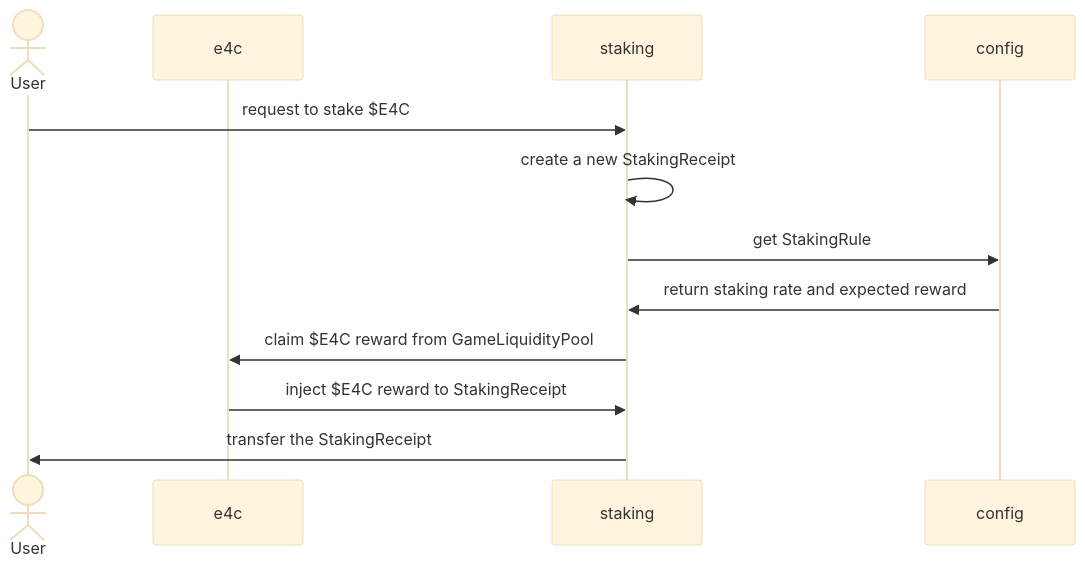
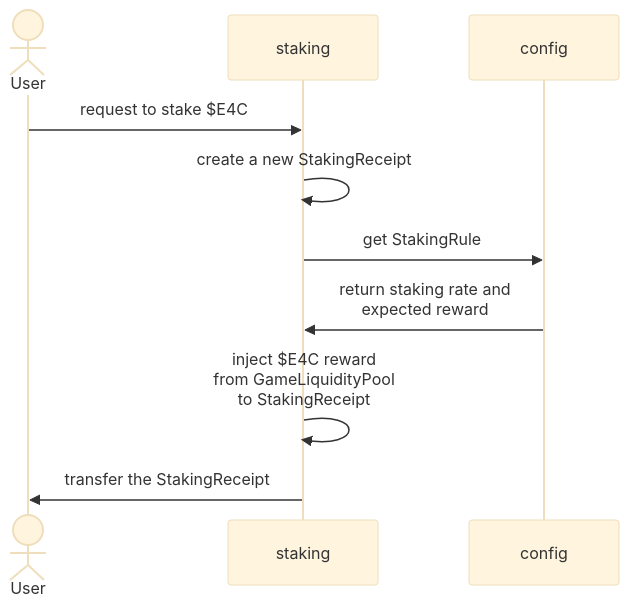
One commit to z330789559/e4c changed the fourth of 6 diagrams in README.md. Above: the diagram before and after it, drawn with Mermaid (base theme). The commit also changed other lines of this file, not shown here.

Commit message:
docs: separate modules on sequence diagram

````diff
--- a/README.md
+++ b/README.md
@@ -61,14 +76,12 @@
 ```mermaid
 sequenceDiagram
     actor U as User
-    participant e4c
     participant staking
     participant config
     U ->> staking: request to stake $E4C
     staking ->> staking: create a new StakingReceipt
     staking ->> config: get StakingRule
-    config ->> staking: return staking rate and expected reward
-    staking ->> e4c: claim $E4C reward from GameLiquidityPool
-    e4c ->> staking: inject $E4C reward to StakingReceipt
+    config ->> staking: return staking rate and <br />expected reward
+    staking ->> staking: inject $E4C reward <br />from GameLiquidityPool <br />to StakingReceipt
     staking ->> U: transfer the StakingReceipt
 ```
````
